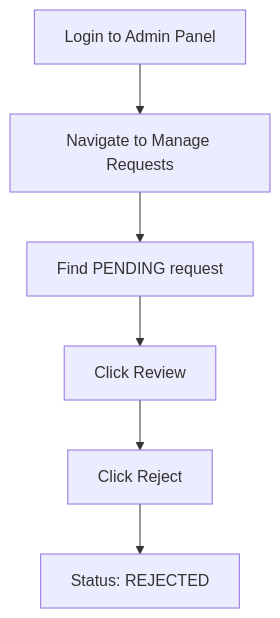
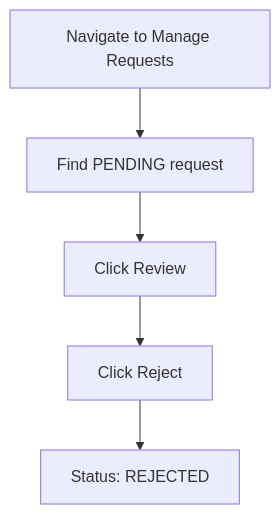
Before and after one commit to ColfaxResearch/cxpn-admin-readthedocs: the seventh of 7 diagrams in docs/source/workflow-examples.rst, drawn with Mermaid. The commit also changed other lines of this file, not shown here.

Commit message:
remove redundant login step from workflow diagrams

```diff
--- a/docs/source/workflow-examples.rst
+++ b/docs/source/workflow-examples.rst
@@ -141,8 +135,7 @@
 .. mermaid::
 
    graph TD
-       A[Login to Admin Panel] --> B[Navigate to Manage Requests]
-       B --> C[Find PENDING request]
-       C --> D[Click Review]
-       D --> E[Click Reject]
-       E --> F[Status: REJECTED]
+       A[Navigate to Manage Requests] --> B[Find PENDING request]
+       B --> C[Click Review]
+       C --> D[Click Reject]
+       D --> E[Status: REJECTED]
```
